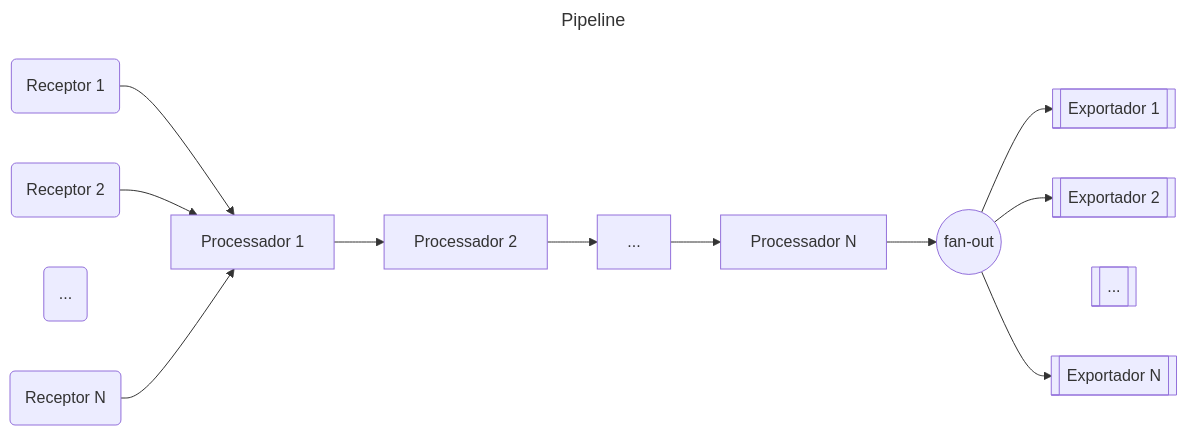
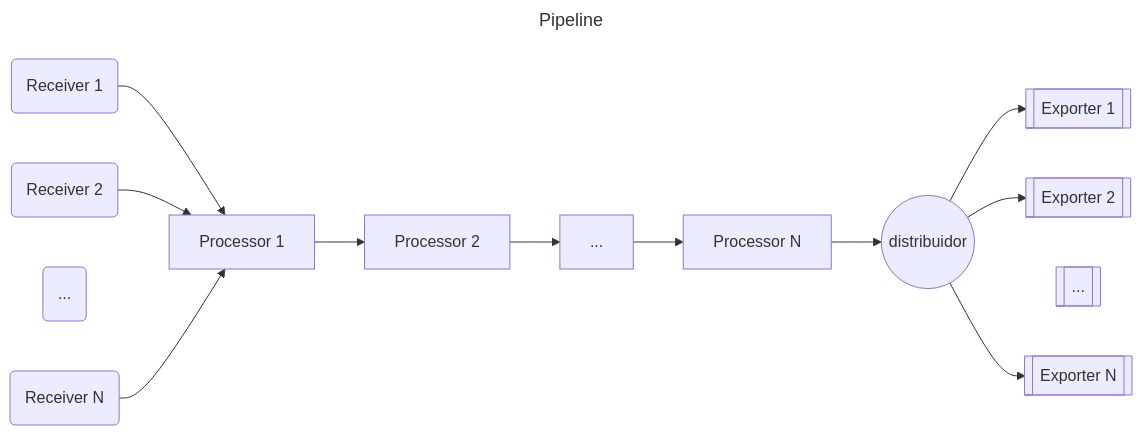
The first of 7 diagrams in content/pt/docs/collector/architecture.md (open-telemetry/opentelemetry.io), drawn with Mermaid before and after one commit. The commit also changed other lines of this file, not shown here.

Commit message:
GH-9427: narrow Portuguese architecture drift fix

````diff
--- a/content/pt/docs/collector/architecture.md
+++ b/content/pt/docs/collector/architecture.md
@@ -46,18 +45,18 @@
 ```mermaid
 ---
 title: Pipeline
 ---
 flowchart LR
-  R1(Receptor 1) --> P1[Processador 1]
-  R2(Receptor 2) --> P1
+  R1(Receiver 1) --> P1[Processor 1]
+  R2(Receiver 2) --> P1
   RM(...) ~~~ P1
-  RN(Receptor N) --> P1
-  P1 --> P2[Processador 2]
+  RN(Receiver N) --> P1
+  P1 --> P2[Processor 2]
   P2 --> PM[...]
-  PM --> PN[Processador N]
-  PN --> FO((fan-out))
-  FO --> E1[[Exportador 1]]
-  FO --> E2[[Exportador 2]]
+  PM --> PN[Processor N]
+  PN --> FO((distribuidor))
+  FO --> E1[[Exporter 1]]
+  FO --> E2[[Exporter 2]]
   FO ~~~ EM[[...]]
-  FO --> EN[[Exportador N]]
+  FO --> EN[[Exporter N]]
 ```
````
